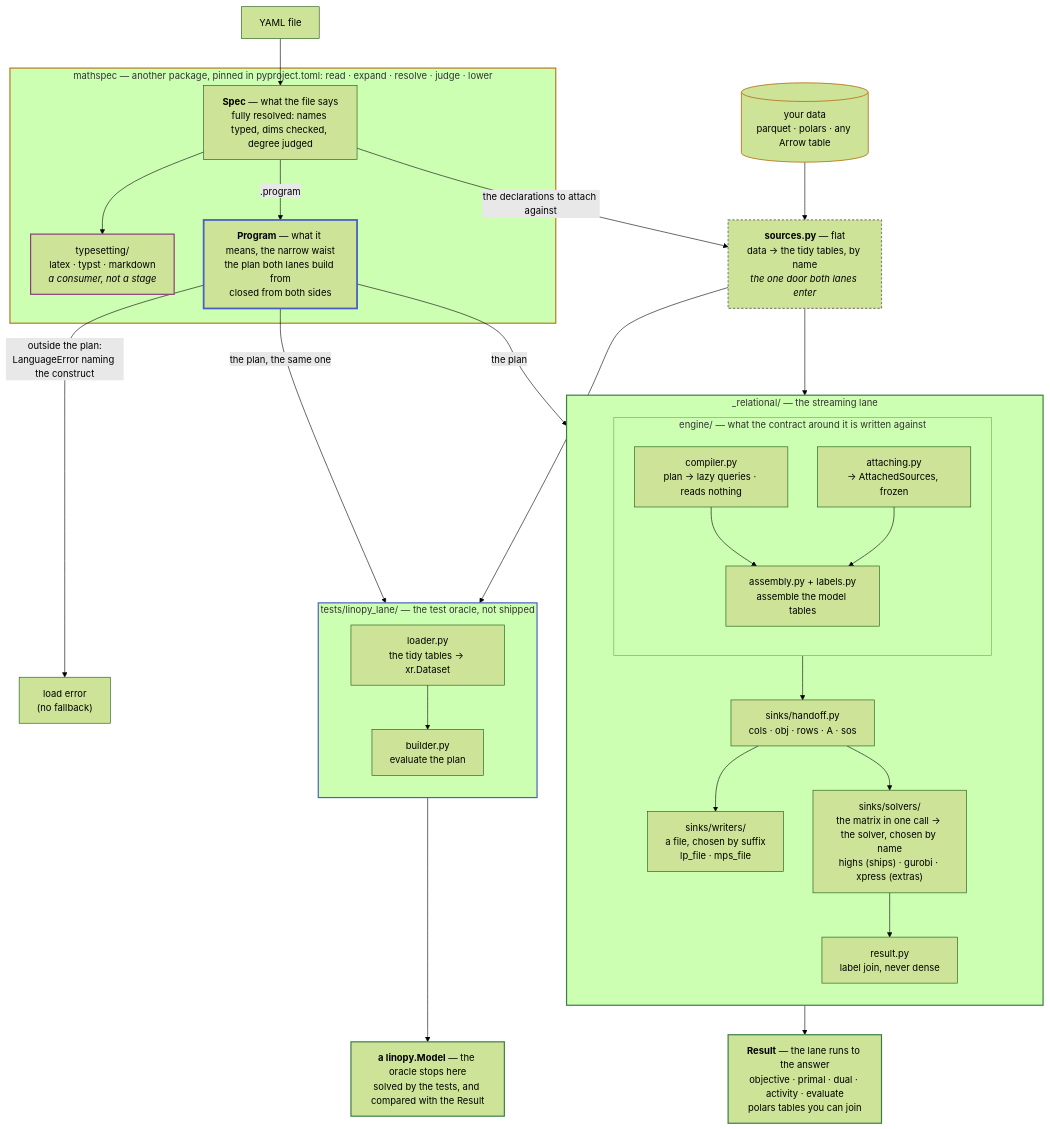
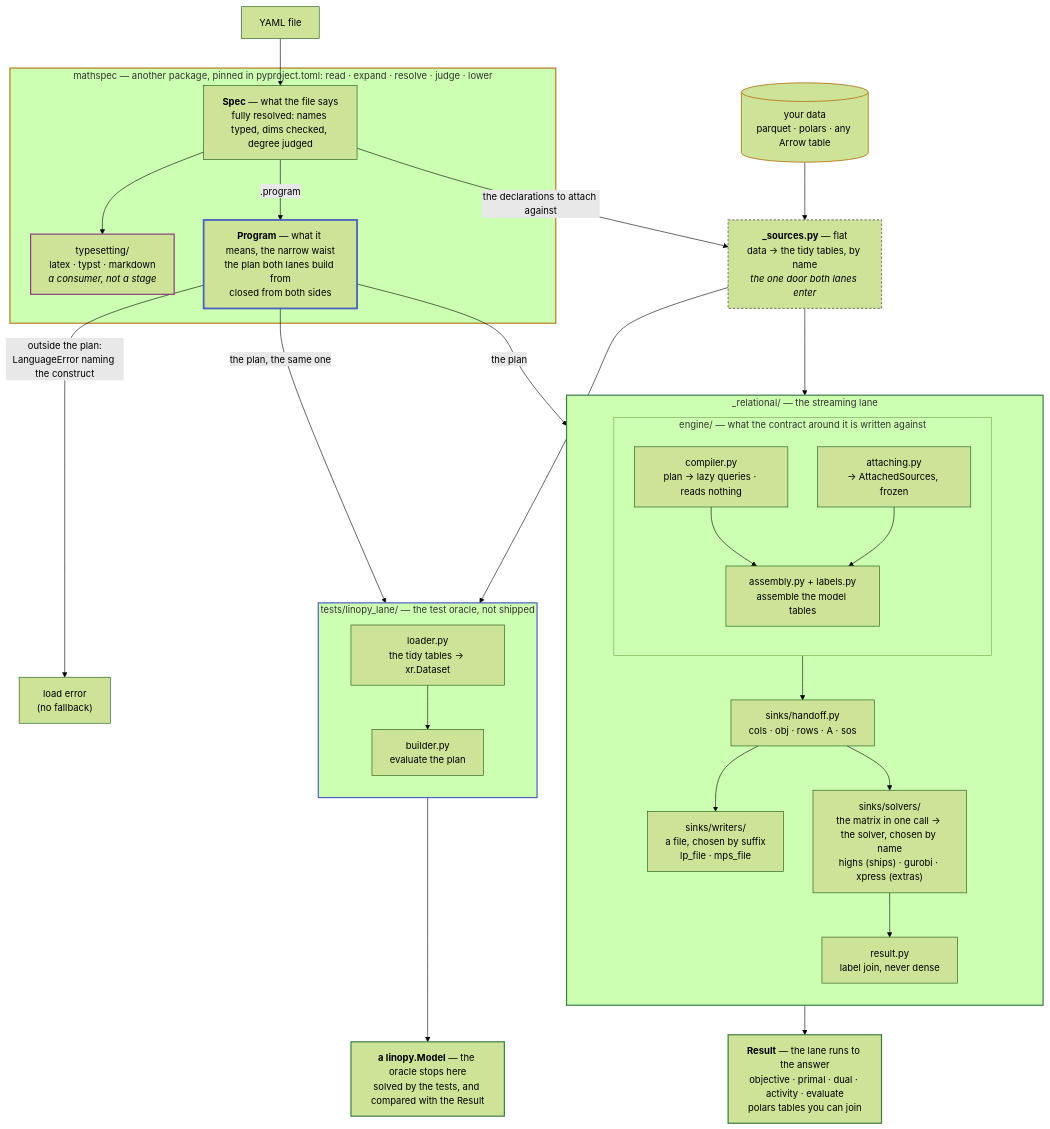
One commit to fluxopt/specsolve changed the diagram in docs/development/architecture.md. Above: the diagram before and after it, drawn with Mermaid (forest theme). The commit also changed other lines of this file and 3 other files, not shown here.

First line of the commit message:
docs: the architecture and verification pages name the door and the gate by their private modules

````diff
--- a/docs/development/architecture.md
+++ b/docs/development/architecture.md
@@ -18,59 +18,59 @@
 ```mermaid
 flowchart TB
     Y[YAML file] --> SPEC
     DATA[("your data<br/>parquet · polars · any Arrow table")] --> SRC
 
     subgraph MS["mathspec — another package, pinned in pyproject.toml: read · expand · resolve · judge · lower"]
         SPEC["<b>Spec</b> — what the file says<br/>fully resolved: names typed, dims checked, degree judged"]
         SPEC --> TS["typesetting/<br/>latex · typst · markdown<br/><i>a consumer, not a stage</i>"]
         SPEC -->|".program"| PLAN["<b>Program</b> — what it means, the narrow waist<br/>the plan both lanes build from<br/>closed from both sides"]
     end
 
     SPEC -->|"the declarations to attach against"| SRC
-    SRC["<b>sources.py</b> — flat<br/>data → the tidy tables, by name<br/><i>the one door both lanes enter</i>"]
+    SRC["<b>_sources.py</b> — flat<br/>data → the tidy tables, by name<br/><i>the one door both lanes enter</i>"]
 
     PLAN -->|"outside the plan:<br/>LanguageError naming the construct"| ERR["load error<br/>(no fallback)"]
     PLAN -->|"the plan"| COMP
     SRC --> ATTACH
     PLAN -->|"the plan, the same one"| BUILD
     SRC --> LOAD
 
     subgraph REL["_relational/ — the streaming lane"]
         direction TB
         subgraph ENG["engine/ — what the contract around it is written against"]
             direction TB
             COMP["compiler.py<br/>plan → lazy queries · reads nothing"] --> ENGINE
             ATTACH["attaching.py<br/>→ AttachedSources, frozen"] --> ENGINE["assembly.py + labels.py<br/>assemble the model tables"]
         end
         ENG --> TABLES["sinks/handoff.py<br/>cols · obj · rows · A · sos"]
         TABLES --> LPS["sinks/writers/<br/>a file, chosen by suffix<br/>lp_file · mps_file"]
         TABLES --> DIRECT["sinks/solvers/<br/>the matrix in one call → the solver, chosen by name<br/>highs (ships) · gurobi · xpress (extras)"]
         DIRECT --> SOL["result.py<br/>label join, never dense"]
     end
 
     SOL --> ANS["<b>Result</b> — the lane runs to the answer<br/>objective · primal · dual · activity · evaluate<br/>polars tables you can join"]
 
     subgraph LIN["tests/linopy_lane/ — the test oracle, not shipped"]
         direction TB
         LOAD["loader.py<br/>the tidy tables → xr.Dataset"] --> BUILD["builder.py<br/>evaluate the plan"]
     end
 
     BUILD --> MODEL["<b>a linopy.Model</b> — the oracle stops here<br/>solved by the tests, and compared with the Result"]
 
     classDef laneL stroke:#b7791f,stroke-width:2px
     classDef laneR stroke:#3a7d44,stroke-width:2px
     classDef laneE stroke:#4a5fc1,stroke-width:2px
     classDef laneT stroke:#8b3a7d,stroke-width:2px
     classDef waist stroke:#4a5fc1,stroke-width:3px
     classDef flat stroke:#8a8578,stroke-width:2px,stroke-dasharray:4 3
     classDef data stroke:#b7791f,stroke-width:1.5px
     classDef out stroke:#3a7d44,stroke-width:2px
     class MS laneL
     class REL laneR
     class LIN laneE
     class TS laneT
     class PLAN waist
     class SRC flat
     class DATA data
     class ANS,MODEL out
 ```
````
